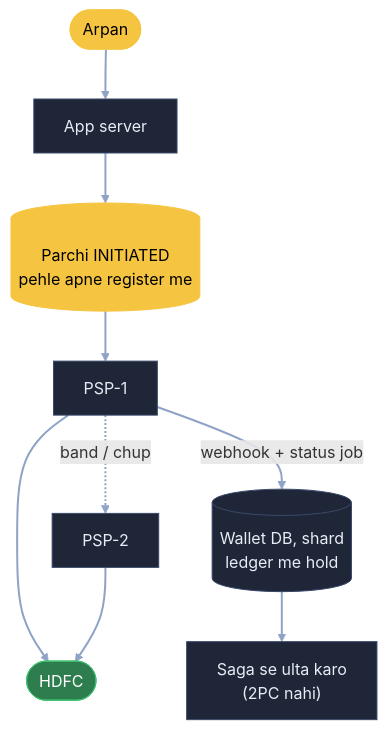
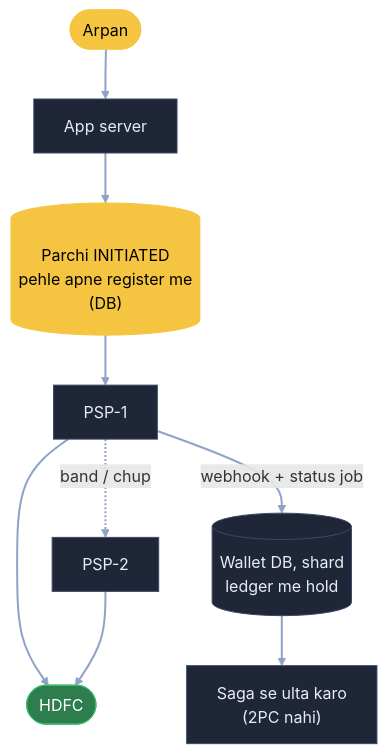
Before and after one commit to ArpanMaheshwari144/Prep: diagram 12 of 12 in 04_HLD/SYSTEM_DESIGNS/06_payment_system/06_payment_system.md, drawn with Mermaid. The commit also changed other lines of this file and 22 other files, not shown here.

Commit message:
Diagram: sirf kahani ke dohraaye shabd pe bracket, us jagah notes wala matlab (207 label)

````diff
--- a/04_HLD/SYSTEM_DESIGNS/06_payment_system/06_payment_system.md
+++ b/04_HLD/SYSTEM_DESIGNS/06_payment_system/06_payment_system.md
@@ -457,16 +457,16 @@
 ```mermaid
 flowchart TB
     A(["Arpan"]):::pill --> S["App server"]:::card
-    S --> I[("Parchi INITIATED<br/>pehle apne register me")]:::pill
+    S --> I[("Parchi INITIATED<br/>pehle apne register me<br/>(DB)")]:::pill
     I --> P1["PSP-1"]:::card
     P1 -. "band / chup" .-> P2["PSP-2"]:::card
     P1 --> B(["HDFC"]):::good
     P2 --> B
     P1 -- "webhook + status job" --> W[("Wallet DB, shard<br/>ledger me hold")]:::card
     W --> SG["Saga se ulta karo<br/>(2PC nahi)"]:::card
     linkStyle default stroke:#8fa3c7,stroke-width:2px
     classDef card fill:#1e2638,stroke:#3a4a6b,color:#e8ecf5
     classDef pill fill:#f5c542,stroke:#f5c542,color:#000
     classDef good fill:#2e7d4f,stroke:#3fbf6f,color:#fff
     classDef bad fill:#5c1f24,stroke:#e05561,color:#fff
 ```
````
